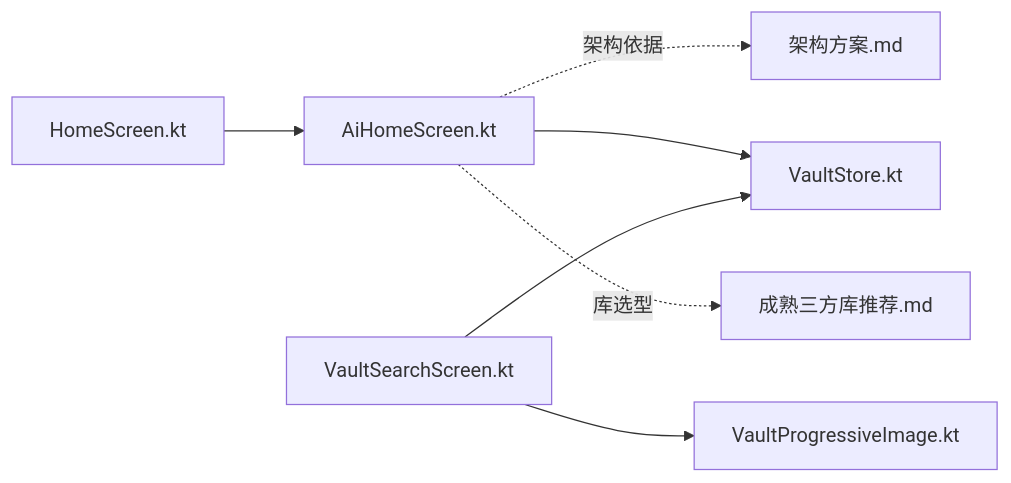
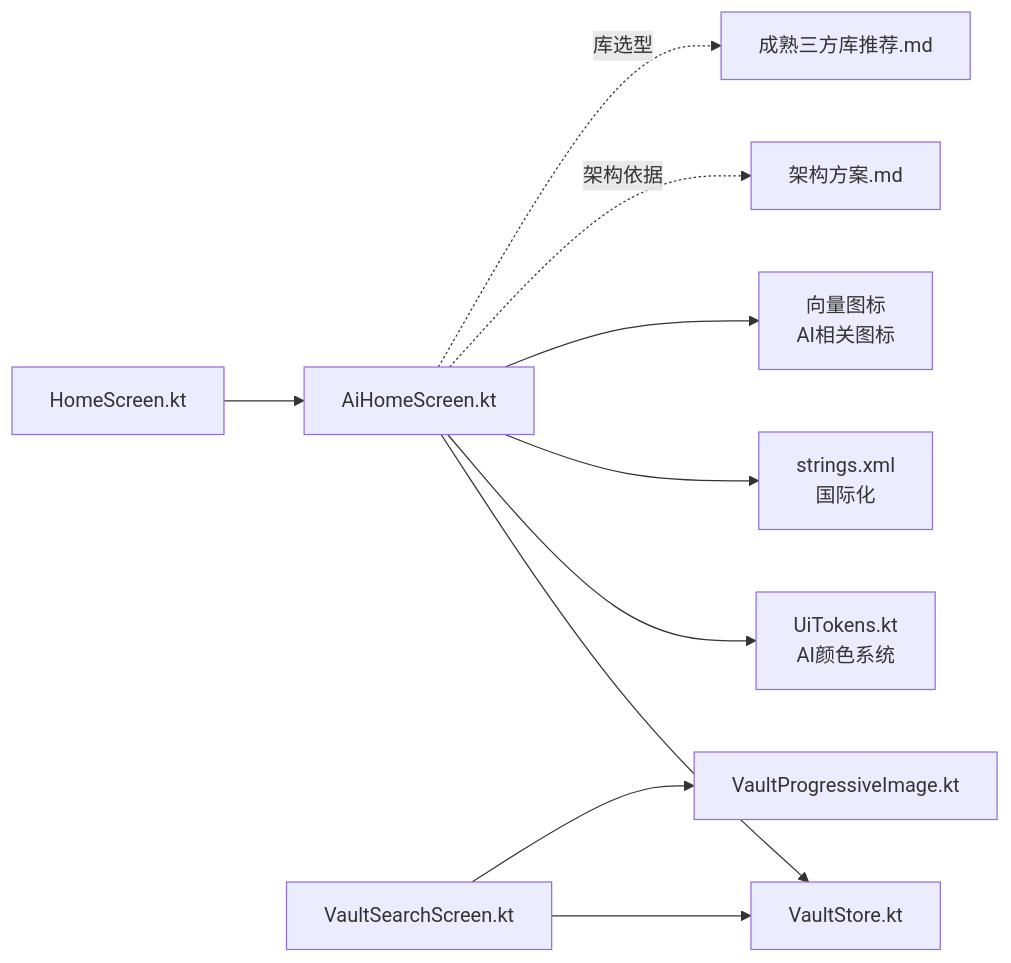
One commit to wanhongbo/ai-photo-vault changed the ninth of 9 diagrams in .qoder/repowiki/zh/content/核心功能模块/AI功能系统.md. Above: the diagram before and after it, drawn with Mermaid. The commit also changed other lines of this file and 9 other files, not shown here.

````diff
--- a/.qoder/repowiki/zh/content/核心功能模块/AI功能系统.md
+++ b/.qoder/repowiki/zh/content/核心功能模块/AI功能系统.md
@@ -337,9 +451,12 @@
 ```mermaid
 graph LR
 Home["HomeScreen.kt"] --> AI["AiHomeScreen.kt"]
 Search["VaultSearchScreen.kt"] --> Store["VaultStore.kt"]
 Search --> Progressive["VaultProgressiveImage.kt"]
 AI --> Store
+AI --> Colors["UiTokens.kt<br/>AI颜色系统"]
+AI --> Strings["strings.xml<br/>国际化"]
+AI --> Icons["向量图标<br/>AI相关图标"]
 AI -.架构依据.-> Spec["架构方案.md"]
 AI -.库选型.-> Libs["成熟三方库推荐.md"]
 ```
````
